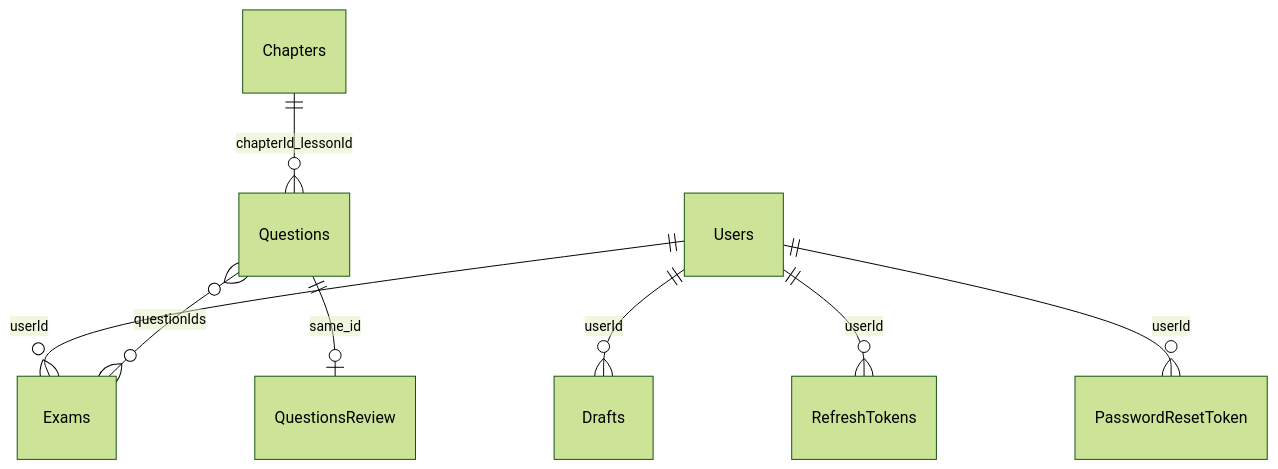
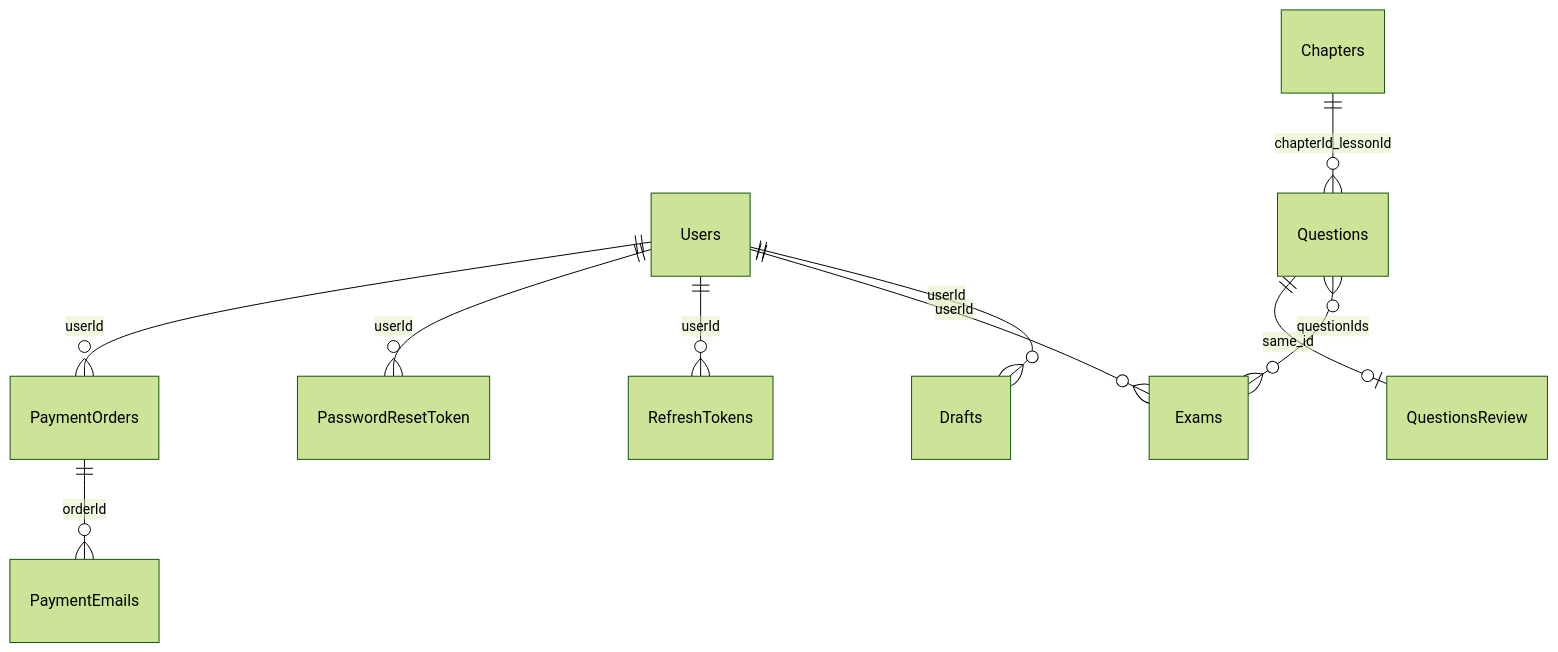
Before and after one commit to dnson384/WEdu: the diagram in codex/database-schema.md, drawn with Mermaid (forest theme). The commit also changed other lines of this file and 9 other files, not shown here.

````diff
--- a/codex/database-schema.md
+++ b/codex/database-schema.md
@@ -71,10 +81,12 @@
 ```mermaid
 erDiagram
   Users ||--o{ Drafts : userId
   Users ||--o{ Exams : userId
   Users ||--o{ RefreshTokens : userId
   Users ||--o{ PasswordResetToken : userId
+  Users ||--o{ PaymentOrders : userId
+  PaymentOrders ||--o{ PaymentEmails : orderId
   Chapters ||--o{ Questions : chapterId_lessonId
   Questions }o--o{ Exams : questionIds
   Questions ||--o| QuestionsReview : same_id
 ```
````
